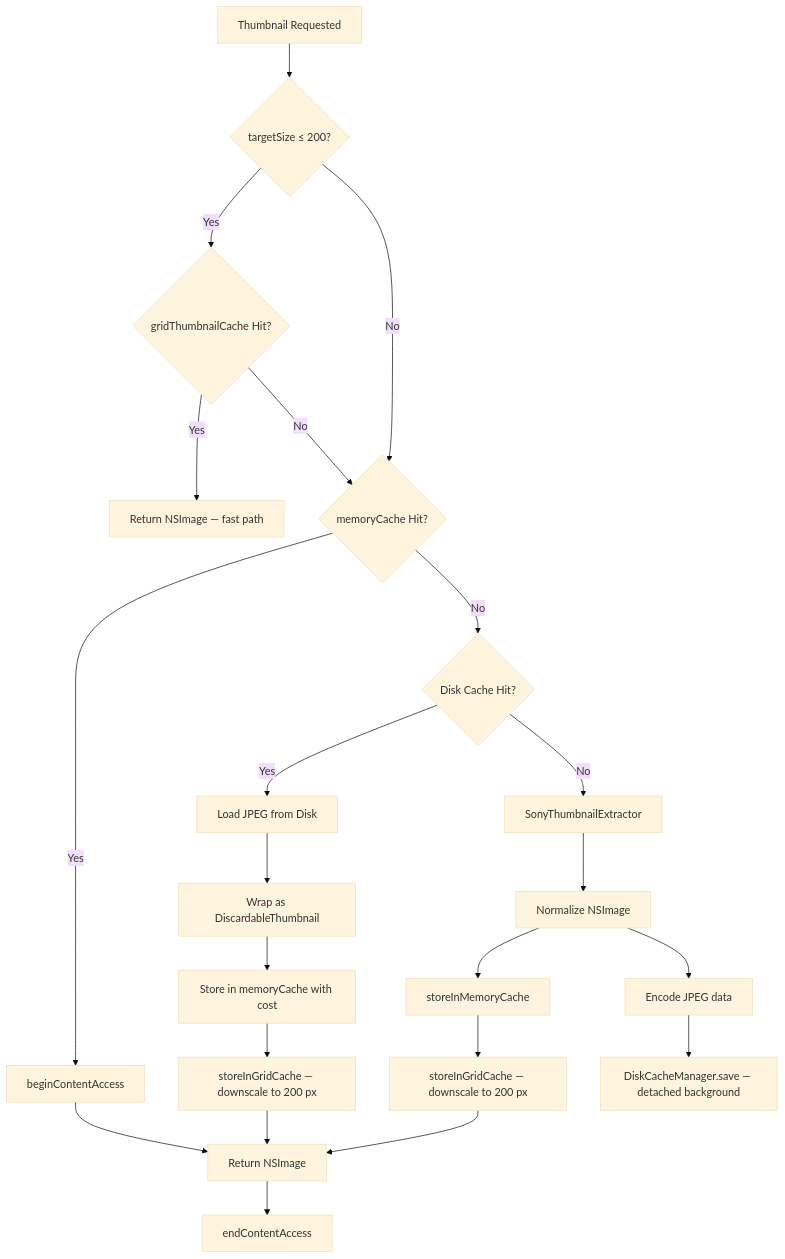
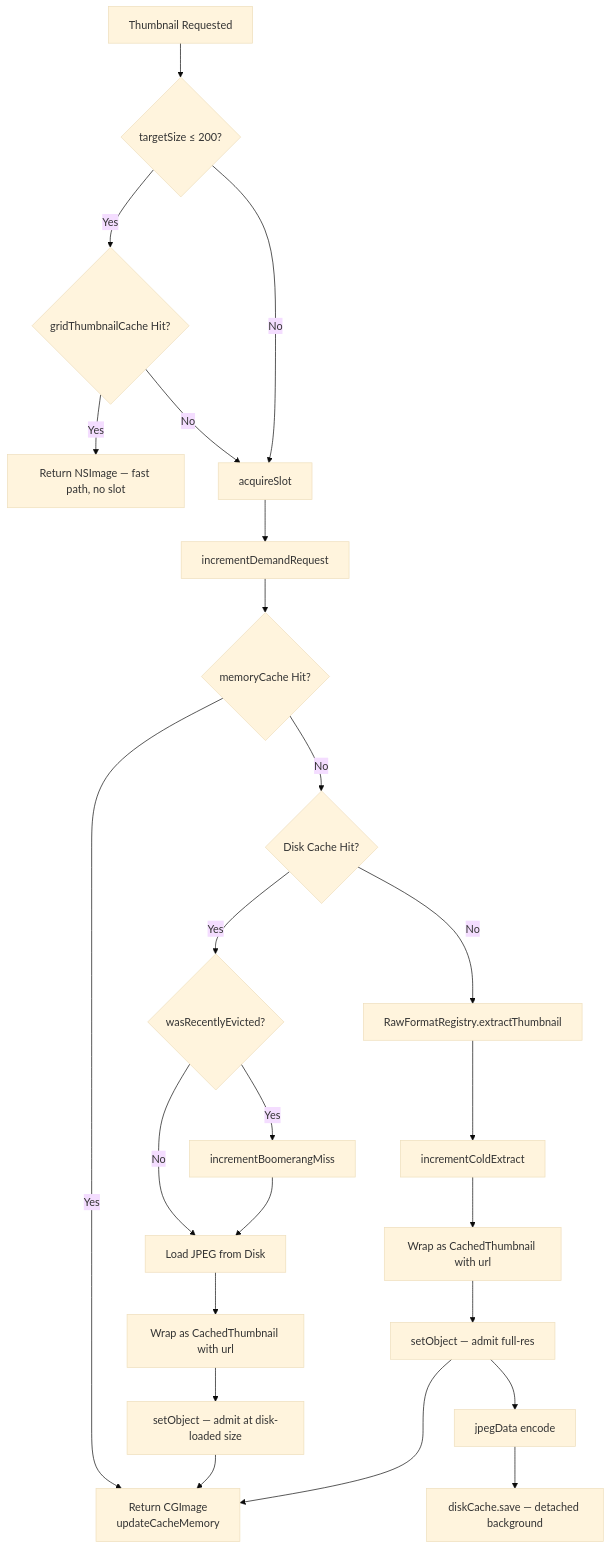
The first of 2 diagrams in content/en/docs/cache.md (rsyncOSX/TechDocRawcull), drawn with Mermaid (base theme) before and after one commit. The commit also changed other lines of this file, not shown here.

````diff
--- a/content/en/docs/cache.md
+++ b/content/en/docs/cache.md
@@ -459,25 +513,26 @@
 ```mermaid
 flowchart TD
     A[Thumbnail Requested] --> Z{targetSize ≤ 200?}
     Z -- Yes --> ZA{gridThumbnailCache Hit?}
-    ZA -- Yes --> ZB[Return NSImage — fast path]
-    ZA -- No --> B
-    Z -- No --> B
-    B{memoryCache Hit?}
-    B -- Yes --> C[beginContentAccess]
-    C --> D[Return NSImage]
-    D --> E[endContentAccess]
-    B -- No --> F{Disk Cache Hit?}
-    F -- Yes --> G[Load JPEG from Disk]
-    G --> H[Wrap as DiscardableThumbnail]
-    H --> I[Store in memoryCache with cost]
-    I --> I2[storeInGridCache — downscale to 200 px]
-    I2 --> D
-    F -- No --> J[SonyThumbnailExtractor]
-    J --> K[Normalize NSImage]
-    K --> L[storeInMemoryCache]
-    L --> L2[storeInGridCache — downscale to 200 px]
-    L2 --> D
-    K --> M[Encode JPEG data]
-    M --> N[DiskCacheManager.save — detached background]
+    ZA -- Yes --> ZB[Return NSImage — fast path, no slot]
+    ZA -- No  --> S[acquireSlot]
+    Z  -- No  --> S
+    S --> R[incrementDemandRequest]
+    R --> B{memoryCache Hit?}
+    B -- Yes --> D[Return CGImage<br/>updateCacheMemory]
+    B -- No  --> F{Disk Cache Hit?}
+    F -- Yes --> FB{wasRecentlyEvicted?}
+    FB -- Yes --> FBM[incrementBoomerangMiss]
+    FB -- No  --> G
+    FBM --> G[Load JPEG from Disk]
+    G  --> H[Wrap as CachedThumbnail with url]
+    H  --> I[setObject — admit at disk-loaded size]
+    I  --> D
+    F -- No  --> J[RawFormatRegistry.extractThumbnail]
+    J --> K[incrementColdExtract]
+    K --> L[Wrap as CachedThumbnail with url]
+    L --> LM[setObject — admit full-res]
+    LM --> M[jpegData encode]
+    M --> N[diskCache.save — detached background]
+    LM --> D
 ```
````
